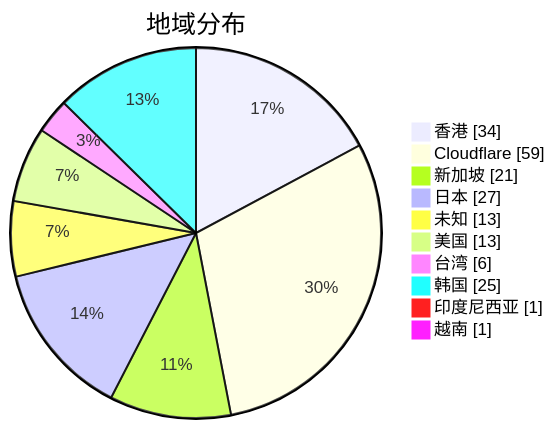
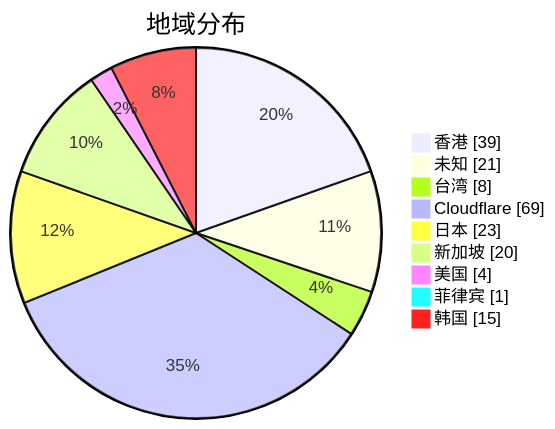
The second of 3 diagrams in subs/statistics/tested_within.md (qjlxg/airport), drawn with Mermaid before and after one commit. The commit also changed other lines of this file and 2 other files, not shown here.

````diff
--- a/subs/statistics/tested_within.md
+++ b/subs/statistics/tested_within.md
@@ -12,14 +12,13 @@
 ```mermaid
 pie showData
 title 地域分布
-"香港" : 34
-"Cloudflare" : 59
-"新加坡" : 21
-"日本" : 27
-"未知" : 13
-"美国" : 13
-"台湾" : 6
-"韩国" : 25
-"印度尼西亚" : 1
-"越南" : 1
+"香港" : 39
+"未知" : 21
+"台湾" : 8
+"Cloudflare" : 69
+"日本" : 23
+"新加坡" : 20
+"美国" : 4
+"菲律宾" : 1
+"韩国" : 15
 ```
````
